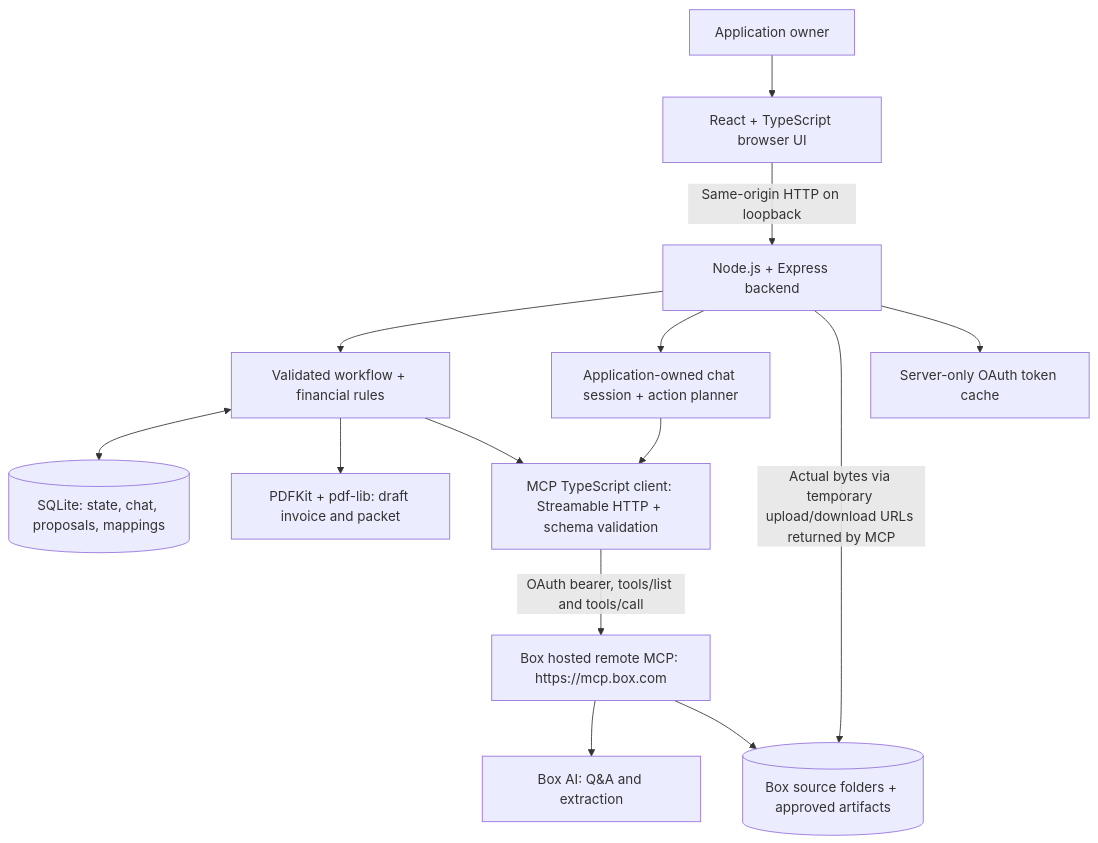
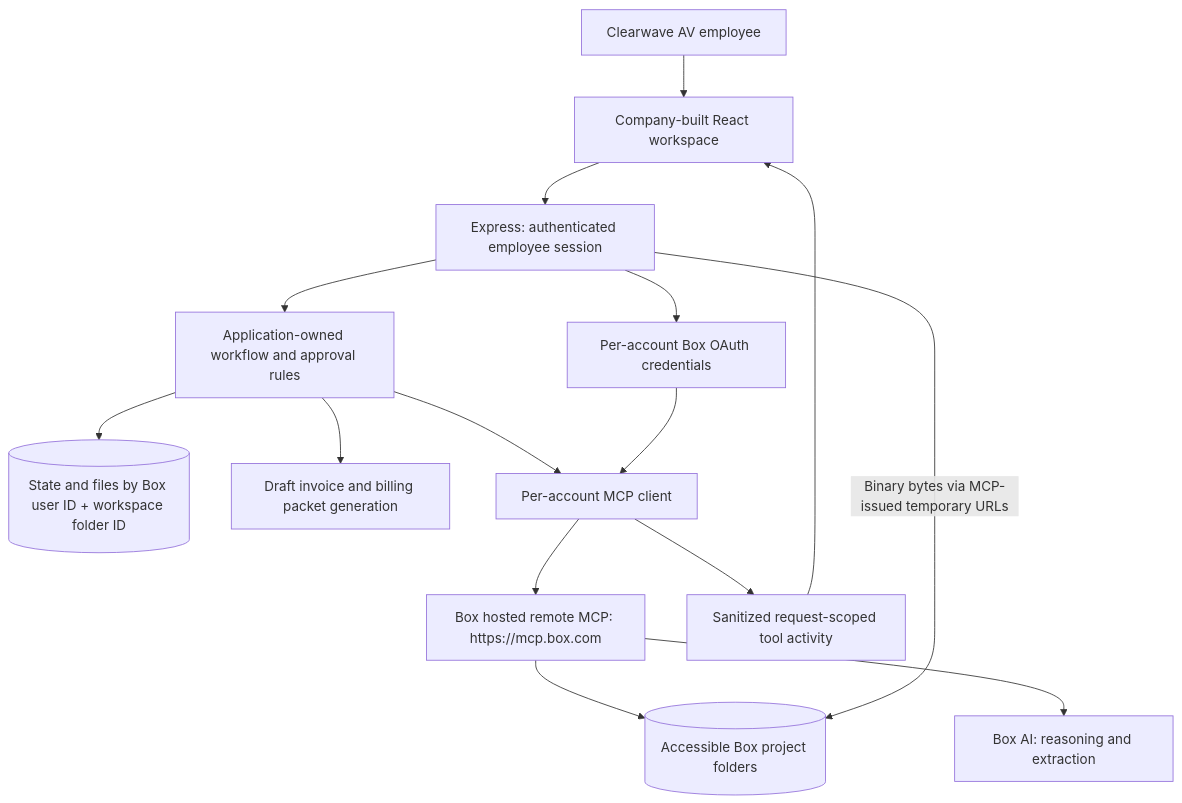
One commit to box-community/billready-box-mcp-demo changed the diagram in README.md. Above: the diagram before and after it, drawn with Mermaid. The commit also changed other lines of this file and 26 other files, not shown here.

Commit message:
Add employee Box workspaces and authenticated rehearsal reset

````diff
--- a/README.md
+++ b/README.md
@@ -32,16 +29,17 @@
 ```mermaid
 flowchart TB
-    User[Application owner] --> UI[React + TypeScript browser UI]
-    UI -->|Same-origin HTTP on loopback| API[Node.js + Express backend]
-    API --> Workflow[Validated workflow + financial rules]
-    API --> Agent[Application-owned chat session + action planner]
-    Workflow <--> DB[(SQLite: state, chat, proposals, mappings)]
-    Workflow --> PDF[PDFKit + pdf-lib: draft invoice and packet]
-    Agent --> MCP[MCP TypeScript client: Streamable HTTP + schema validation]
-    Workflow --> MCP
-    MCP -->|OAuth bearer, tools/list and tools/call| Remote[Box hosted remote MCP: https://mcp.box.com]
-    Remote --> AI[Box AI: Q&A and extraction]
-    Remote --> Box[(Box source folders + approved artifacts)]
-    API -->|Actual bytes via temporary upload/download URLs returned by MCP| Box
-    API --> Tokens[Server-only OAuth token cache]
+    Employee[Clearwave AV employee] --> UI[Company-built React workspace]
+    UI --> API[Express: authenticated employee session]
+    API --> Rules[Application-owned workflow and approval rules]
+    API --> Auth[Per-account Box OAuth credentials]
+    Rules --> State[(State and files by Box user ID + workspace folder ID)]
+    Rules --> PDF[Draft invoice and billing packet generation]
+    Rules --> MCP[Per-account MCP client]
+    Auth --> MCP
+    MCP --> Hosted[Box hosted remote MCP: https://mcp.box.com]
+    Hosted --> Content[(Accessible Box project folders)]
+    Hosted --> AI[Box AI: reasoning and extraction]
+    API -->|Binary bytes via MCP-issued temporary URLs| Content
+    MCP --> Events[Sanitized request-scoped tool activity]
+    Events --> UI
 ```
````
